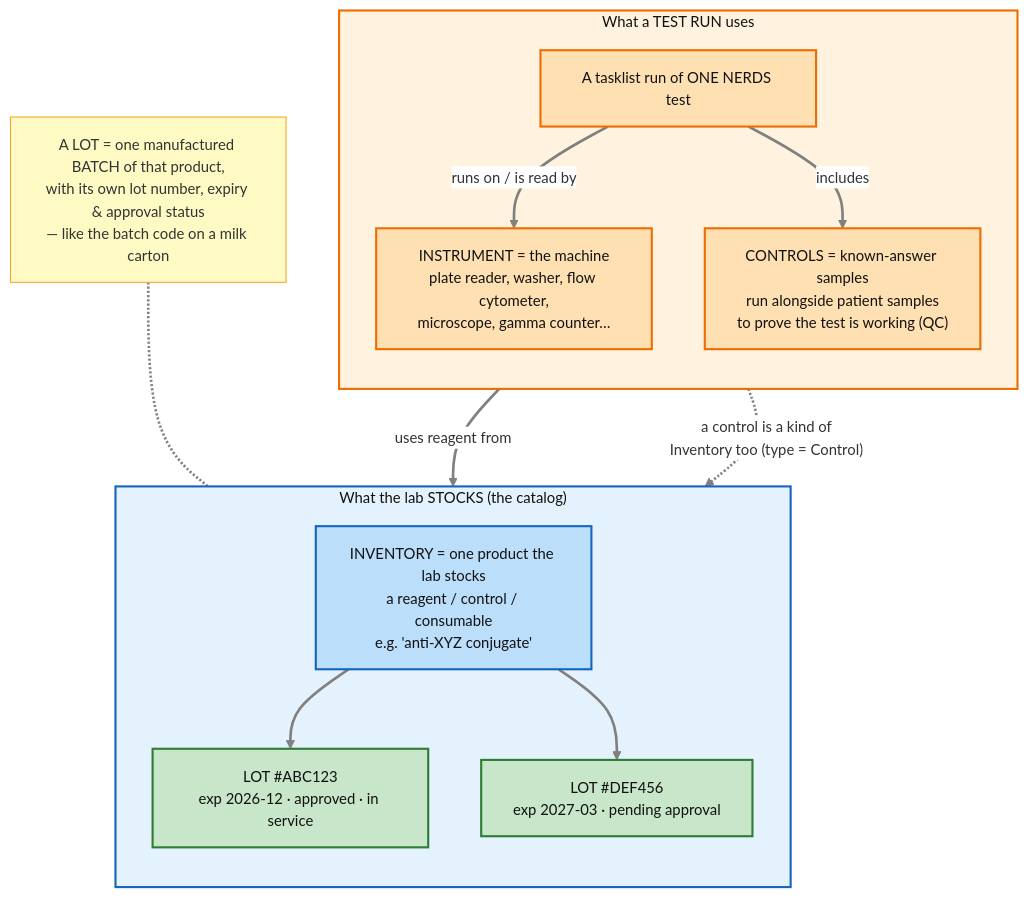
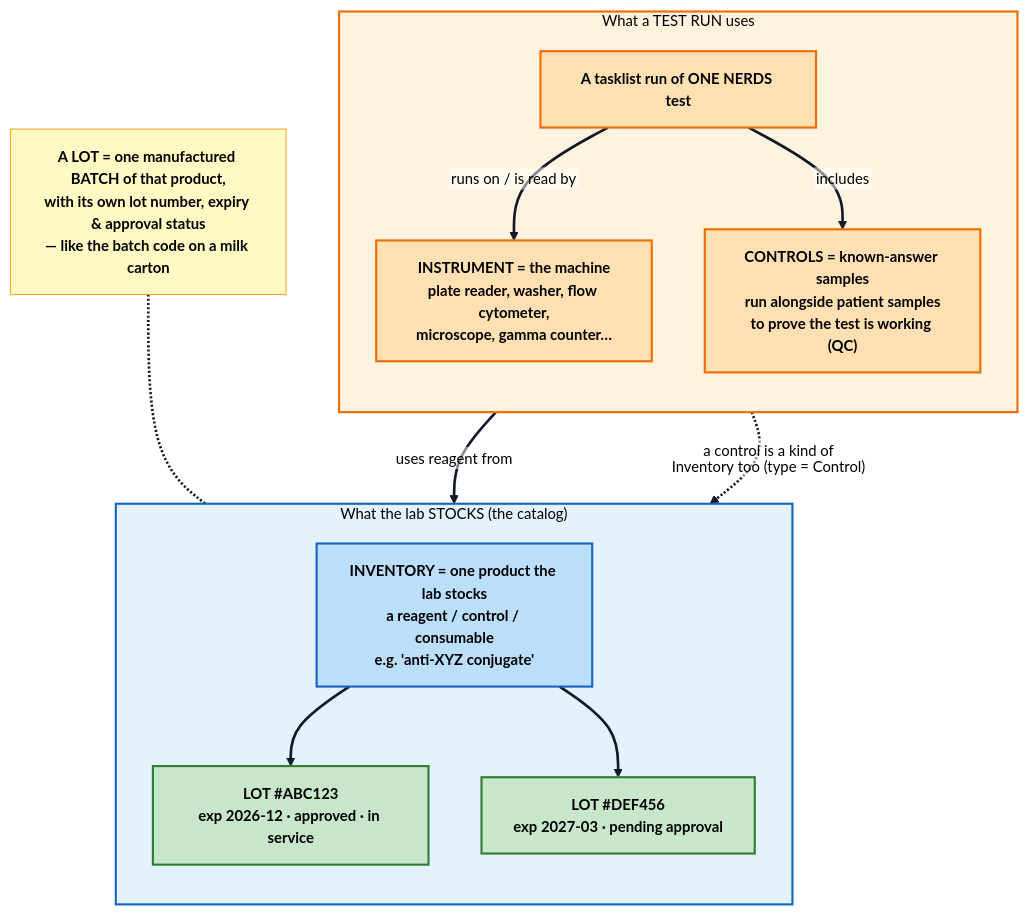
The first of 4 diagrams in src/assets/pages/app-resources/nerds/appDetails/00step/materials-qc/materials-qc.md (fengyanglin09/my-work-dashboard-app), drawn with Mermaid before and after one commit. The commit also changed other lines of this file and 35 other files, not shown here.

Commit message:
Add new mermaid diagrams for workflow and testing processes

````diff
--- a/src/assets/pages/app-resources/nerds/appDetails/00step/materials-qc/materials-qc.md
+++ b/src/assets/pages/app-resources/nerds/appDetails/00step/materials-qc/materials-qc.md
@@ -25,37 +25,37 @@
 ```mermaid
-%%{init: {"theme":"base", "themeVariables":{"background":"#ffffff","lineColor":"#808080","edgeLabelBackground":"#ffffff","fontSize":"14px"}, "flowchart":{"curve":"basis"}}}%%
+%%{init: {"theme":"base", "themeVariables":{"background":"#ffffff","mainBkg":"#ffffff","primaryColor":"#f8fafc","primaryTextColor":"#000000","primaryBorderColor":"#111827","secondaryColor":"#f8fafc","secondaryTextColor":"#000000","secondaryBorderColor":"#111827","tertiaryColor":"#f8fafc","tertiaryTextColor":"#000000","tertiaryBorderColor":"#111827","lineColor":"#111827","defaultLinkColor":"#111827","nodeTextColor":"#000000","textColor":"#000000","titleColor":"#000000","edgeLabelBackground":"#ffffff","clusterBkg":"#f8fafc","clusterBorder":"#111827","fontSize":"14px"}, "themeCSS":".nodeLabel,.nodeLabel *,.edgeLabel,.edgeLabel *,.cluster-label,.cluster-label *,.label,.label *,foreignObject,foreignObject *,text,tspan{color:#000000 !important;fill:#000000 !important;font-weight:700 !important;}.edgeLabel rect,.labelBkg{fill:#ffffff !important;opacity:0.96 !important;}", "flowchart":{"curve":"basis","htmlLabels":false}}}%%
 flowchart TD
     subgraph STOCK["What the lab STOCKS (the catalog)"]
         direction TB
         INV["INVENTORY = one product the lab stocks<br/>a reagent / control / consumable<br/>e.g. 'anti-XYZ conjugate'"]
         INV --> LOT1["LOT #ABC123<br/>exp 2026-12 · approved · in service"]
         INV --> LOT2["LOT #DEF456<br/>exp 2027-03 · pending approval"]
     end
 
     MILK["A LOT = one manufactured BATCH of that product,<br/>with its own lot number, expiry & approval status<br/>— like the batch code on a milk carton"] -.- LOT1
 
     subgraph RUNTIME["What a TEST RUN uses"]
         direction TB
         TEST["A tasklist run of ONE NERDS test"]
         TEST -->|"uses reagent from"| LOT1
         TEST -->|"runs on / is read by"| INSTR["INSTRUMENT = the machine<br/>plate reader, washer, flow cytometer,<br/>microscope, gamma counter…"]
         TEST -->|"includes"| CTRL["CONTROLS = known-answer samples<br/>run alongside patient samples<br/>to prove the test is working (QC)"]
     end
 
     CTRL -.->|"a control is a kind of<br/>Inventory too (type = Control)"| INV
 
-    classDef cat  fill:#bbdefb,stroke:#1565c0,stroke-width:2px,color:#111111;
-    classDef lot  fill:#c8e6c9,stroke:#2e7d32,stroke-width:2px,color:#111111;
-    classDef run  fill:#ffe0b2,stroke:#ef6c00,stroke-width:2px,color:#111111;
-    classDef note fill:#fff9c4,stroke:#f9a825,stroke-width:1px,color:#333333;
+    classDef cat  fill:#bbdefb,stroke:#1565c0,stroke-width:2px,color:#000000,font-weight:700;
+    classDef lot  fill:#c8e6c9,stroke:#2e7d32,stroke-width:2px,color:#000000,font-weight:700;
+    classDef run  fill:#ffe0b2,stroke:#ef6c00,stroke-width:2px,color:#000000,font-weight:700;
+    classDef note fill:#fff9c4,stroke:#f9a825,stroke-width:1px,color:#000000,font-weight:700;
 
     class INV cat;
     class LOT1,LOT2 lot;
     class TEST,INSTR,CTRL run;
     class MILK note;
 
-    style STOCK fill:#e3f2fd,stroke:#1565c0,stroke-width:2px,color:#111111
-    style RUNTIME fill:#fff3e0,stroke:#ef6c00,stroke-width:2px,color:#111111
+    style STOCK fill:#e3f2fd,stroke:#1565c0,stroke-width:2px,color:#000000,font-weight:700
+    style RUNTIME fill:#fff3e0,stroke:#ef6c00,stroke-width:2px,color:#000000,font-weight:700
 
-    linkStyle default stroke:#808080,stroke-width:2.5px
+    linkStyle default stroke:#111827,stroke-width:2.5px
 ```
````
